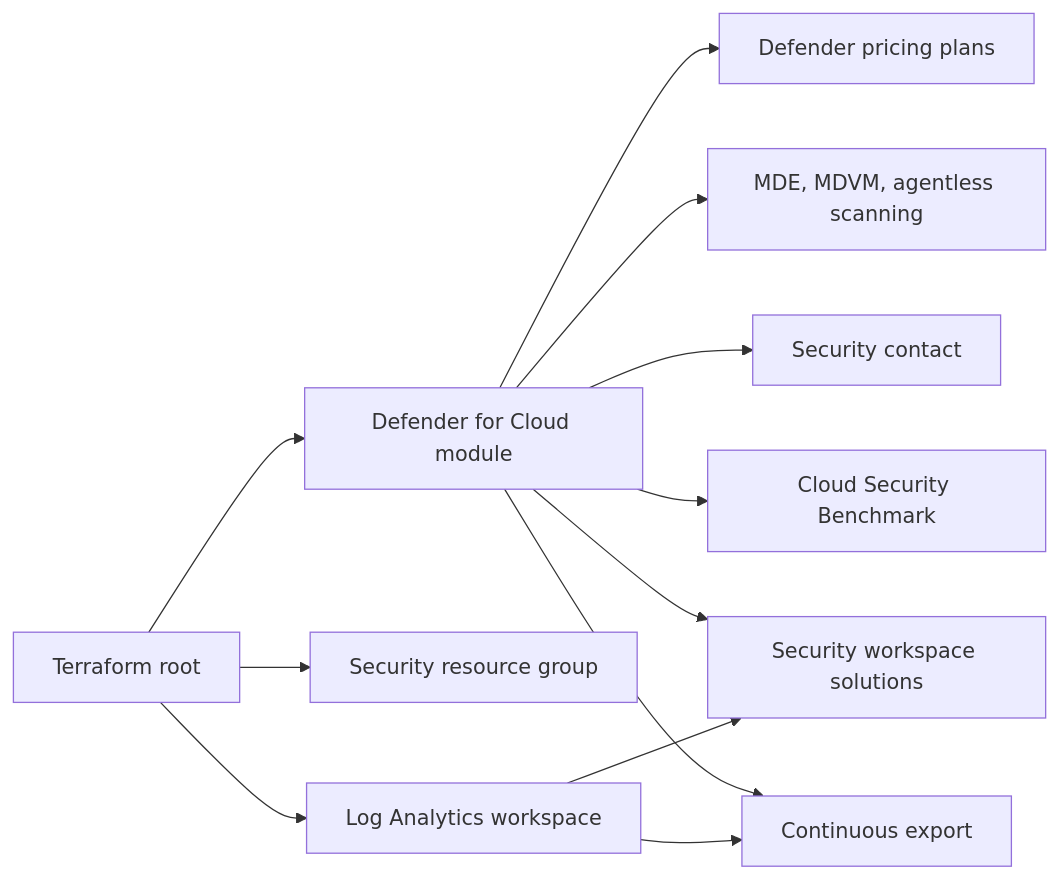
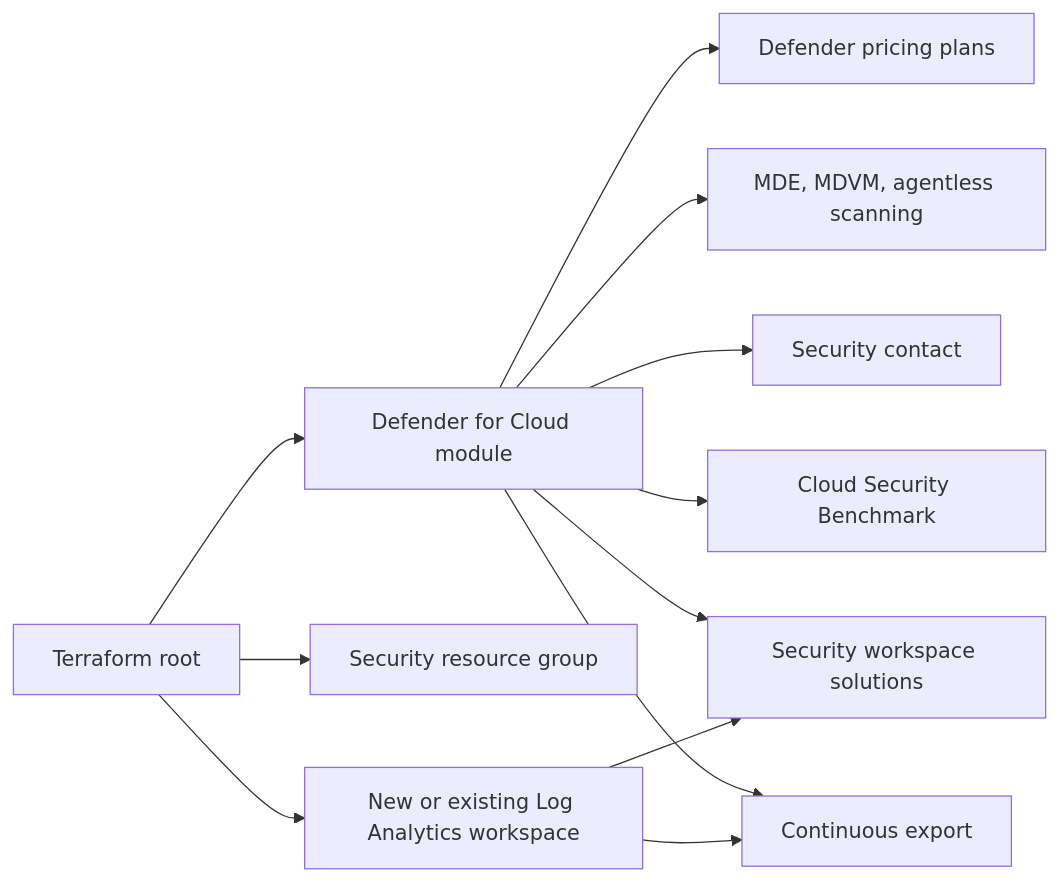
One commit to v-mthe/terraform-module-defender changed the diagram in README.md. Above: the diagram before and after it, drawn with Mermaid. The commit also changed other lines of this file and 12 other files, not shown here.

Commit message:
Support existing Log Analytics workspaces

````diff
--- a/README.md
+++ b/README.md
@@ -53,14 +53,14 @@
 ```mermaid
 flowchart LR
     TF[Terraform root] --> MOD[Defender for Cloud module]
     TF --> RG[Security resource group]
-    TF --> LAW[Log Analytics workspace]
+    TF --> LAW[New or existing Log Analytics workspace]
     MOD --> PLANS[Defender pricing plans]
     MOD --> SETTINGS[MDE, MDVM, agentless scanning]
     MOD --> CONTACT[Security contact]
     MOD --> MCSB[Cloud Security Benchmark]
     MOD --> SOLUTIONS[Security workspace solutions]
     MOD --> EXPORT[Continuous export]
     LAW --> SOLUTIONS
     LAW --> EXPORT
 ```
````
